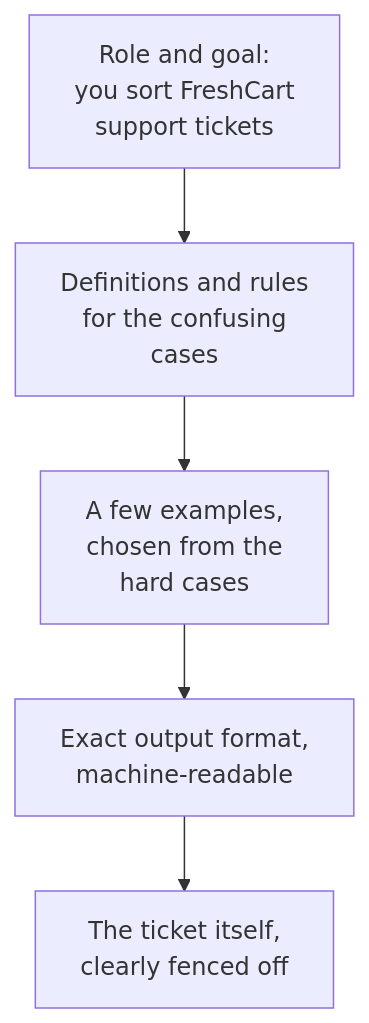
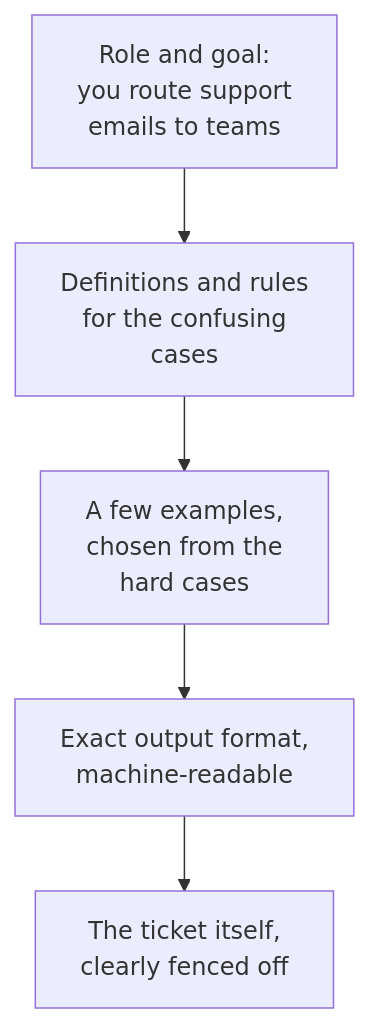
One commit to shubamchaudhary/CodeNITW changed the sixth of 8 diagrams in src/Data/aiStackDocs/CH-01.md. Above: the diagram before and after it, drawn with Mermaid. The commit also changed other lines of this file and 32 other files, not shown here.

````diff
--- a/src/Data/aiStackDocs/CH-01.md
+++ b/src/Data/aiStackDocs/CH-01.md
@@ -225,7 +227,7 @@
 ```mermaid
 flowchart TB
-    R["Role and goal:<br/>you sort FreshCart<br/>support tickets"] --> C["Definitions and rules<br/>for the confusing<br/>cases"]
+    R["Role and goal:<br/>you route support<br/>emails to teams"] --> C["Definitions and rules<br/>for the confusing<br/>cases"]
     C --> E["A few examples,<br/>chosen from the<br/>hard cases"]
     E --> F["Exact output format,<br/>machine-readable"]
     F --> I["The ticket itself,<br/>clearly fenced off"]
 ```
````
